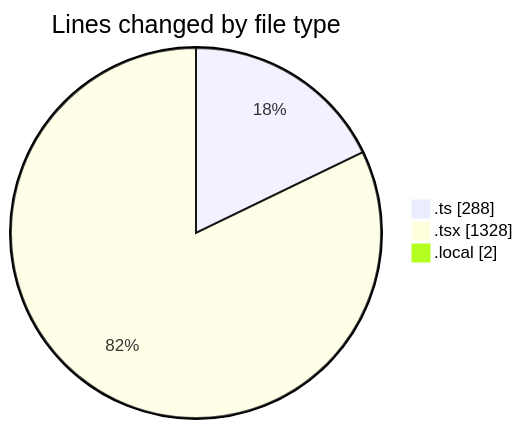
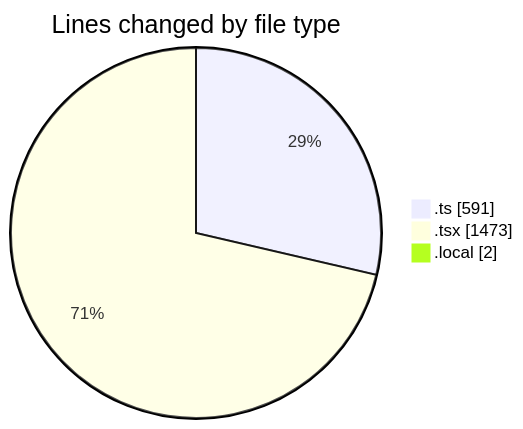
The first of 2 diagrams in 2025-10-28/eventscop-frontend-guide__workspace_/README.md (julien-gomy/code-tracking), drawn with Mermaid before and after one commit. The commit also changed other lines of this file and 1 other file, not shown here.

````diff
--- a/2025-10-28/eventscop-frontend-guide__workspace_/README.md
+++ b/2025-10-28/eventscop-frontend-guide__workspace_/README.md
@@ -33,7 +35,7 @@
 ```mermaid
 pie showData
 title Lines changed by file type
-".ts" : 288
-".tsx" : 1328
+".ts" : 591
+".tsx" : 1473
 ".local" : 2
 ```
````
